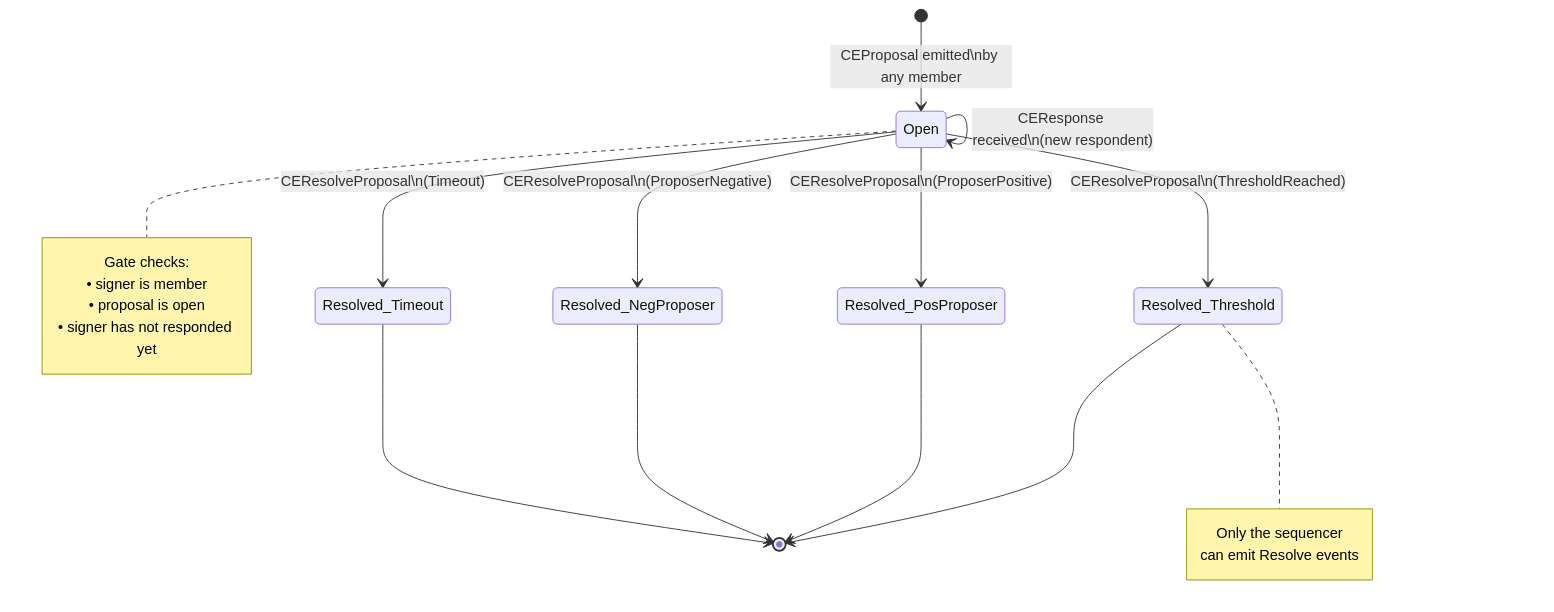
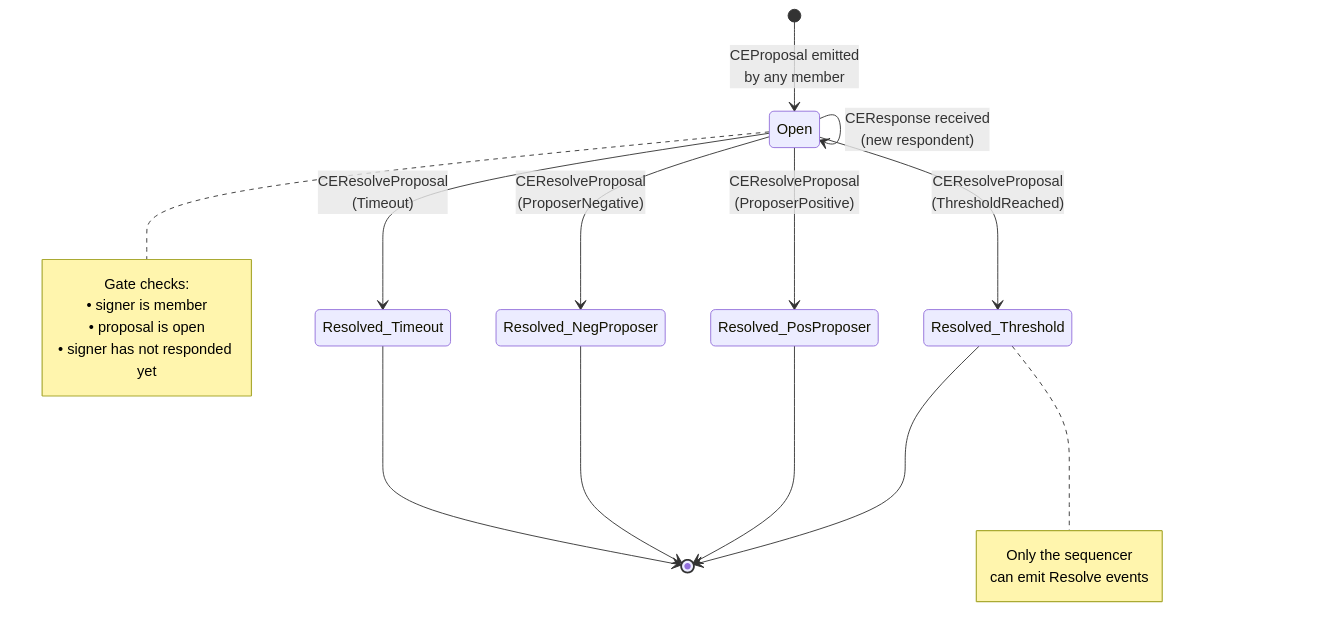
Before and after one commit to paolino/kel-circle: the eighth of 20 diagrams in docs/docs/architecture.md, drawn with Mermaid. The commit also changed other lines of this file, not shown here.

Commit message:
fix: replace \n with <br/> in mermaid diagram labels

````diff
--- a/docs/docs/architecture.md
+++ b/docs/docs/architecture.md
@@ -261,28 +261,28 @@
 ```mermaid
 stateDiagram-v2
-    [*] --> Open : CEProposal emitted\nby any member
+    [*] --> Open : CEProposal emitted<br/>by any member
 
-    Open --> Open : CEResponse received\n(new respondent)
+    Open --> Open : CEResponse received<br/>(new respondent)
 
-    Open --> Resolved_Threshold : CEResolveProposal\n(ThresholdReached)
-    Open --> Resolved_PosProposer : CEResolveProposal\n(ProposerPositive)
-    Open --> Resolved_NegProposer : CEResolveProposal\n(ProposerNegative)
-    Open --> Resolved_Timeout : CEResolveProposal\n(Timeout)
+    Open --> Resolved_Threshold : CEResolveProposal<br/>(ThresholdReached)
+    Open --> Resolved_PosProposer : CEResolveProposal<br/>(ProposerPositive)
+    Open --> Resolved_NegProposer : CEResolveProposal<br/>(ProposerNegative)
+    Open --> Resolved_Timeout : CEResolveProposal<br/>(Timeout)
 
     Resolved_Threshold --> [*]
     Resolved_PosProposer --> [*]
     Resolved_NegProposer --> [*]
     Resolved_Timeout --> [*]
 
     note right of Open
         Gate checks:
         • signer is member
         • proposal is open
         • signer has not responded yet
     end note
 
     note right of Resolved_Threshold
         Only the sequencer
         can emit Resolve events
     end note
 ```
````
